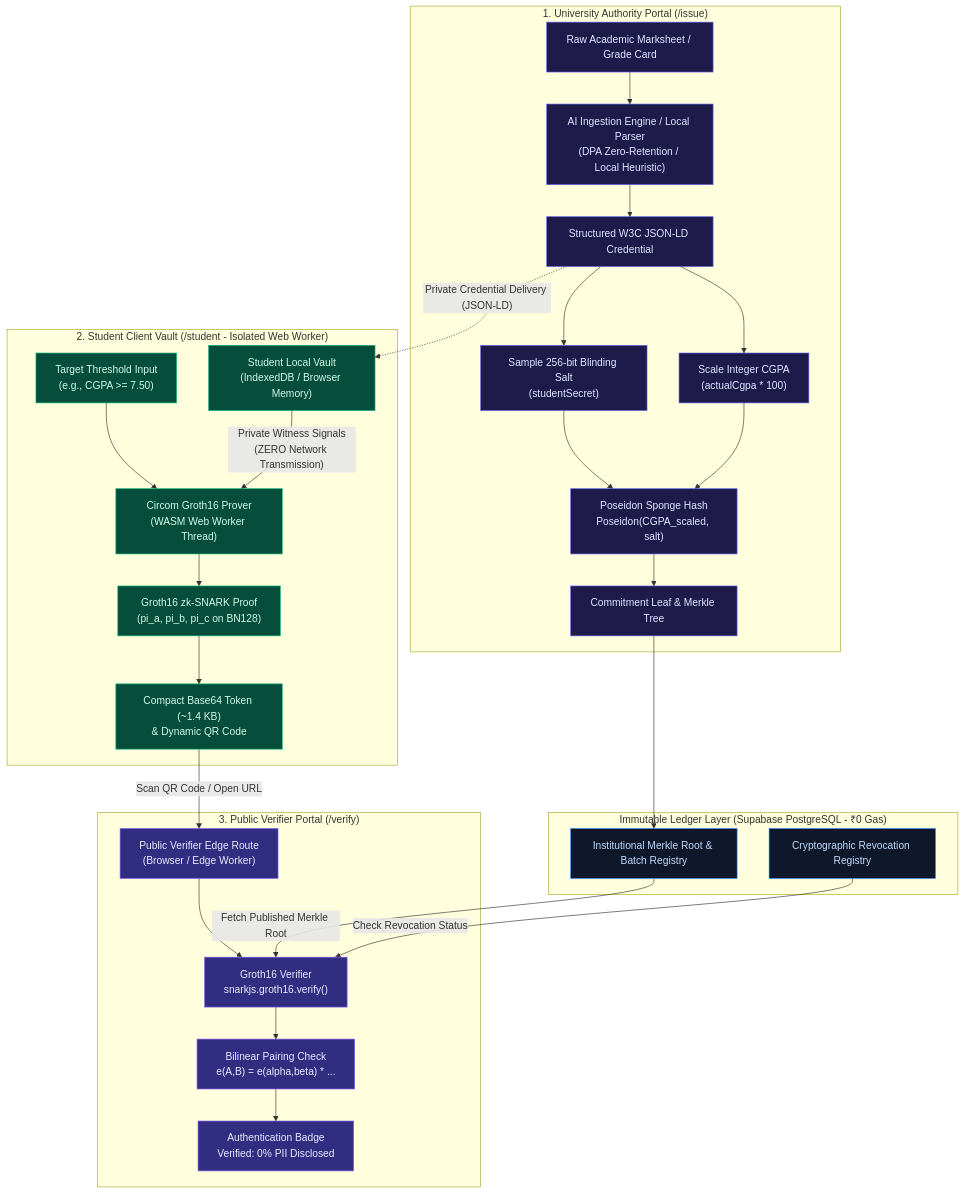
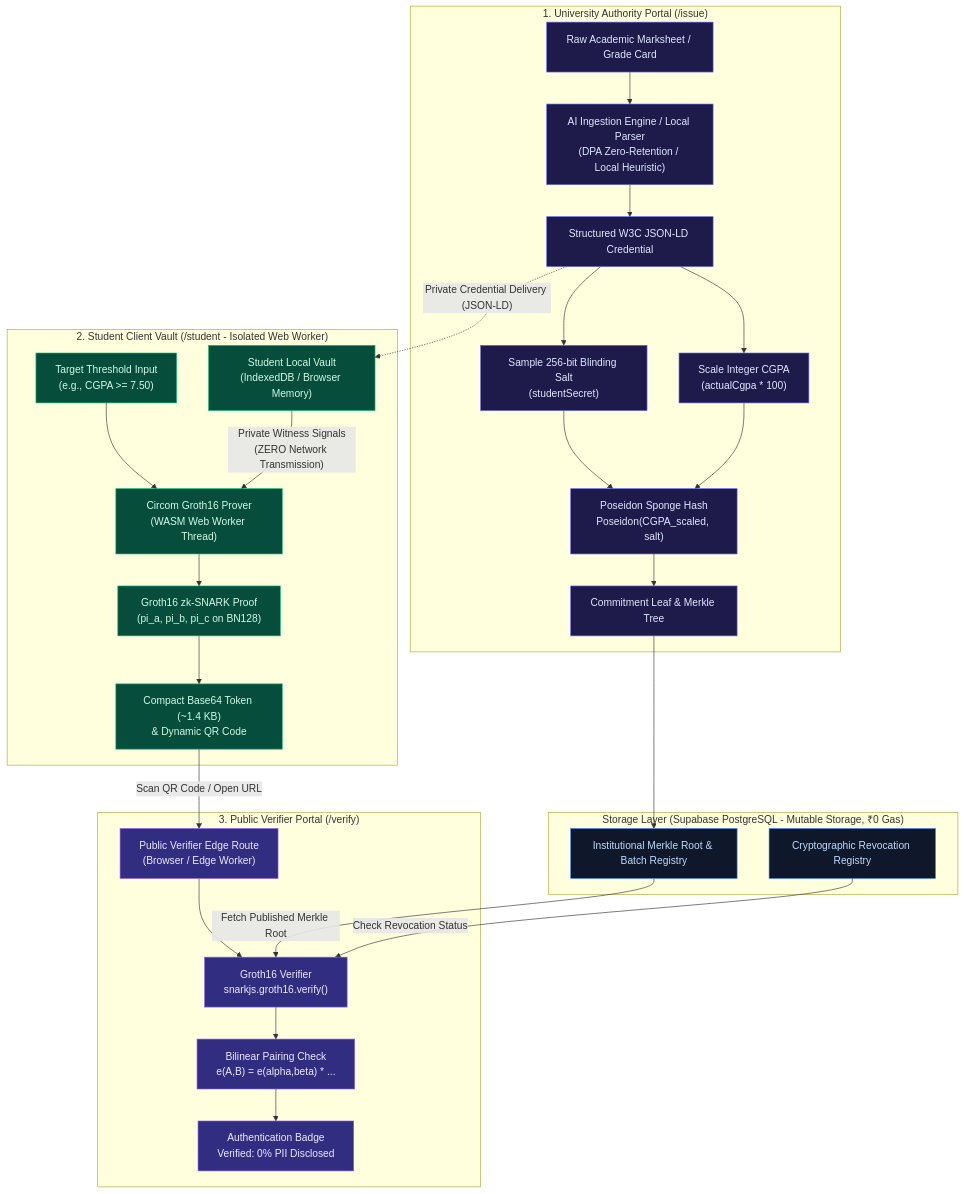
The first of 3 diagrams in README.md (BhupendraLute/autocert-zkp), drawn with Mermaid before and after one commit. The commit also changed other lines of this file and 3 other files, not shown here.

````diff
--- a/README.md
+++ b/README.md
@@ -40,43 +40,43 @@
 ```mermaid
 flowchart TD
     subgraph S1["1. University Authority Portal (/issue)"]
         A["Raw Academic Marksheet / Grade Card"] --> B["AI Ingestion Engine / Local Parser<br/>(DPA Zero-Retention / Local Heuristic)"]
         B --> C["Structured W3C JSON-LD Credential"]
         C --> D["Sample 256-bit Blinding Salt<br/>(studentSecret)"]
         C --> E["Scale Integer CGPA<br/>(actualCgpa * 100)"]
         D & E --> F["Poseidon Sponge Hash<br/>Poseidon(CGPA_scaled, salt)"]
         F --> G["Commitment Leaf & Merkle Tree"]
     end
 
-    subgraph S2["Immutable Ledger Layer (Supabase PostgreSQL - ₹0 Gas)"]
+    subgraph S2["Storage Layer (Supabase PostgreSQL - Mutable Storage, ₹0 Gas)"]
         G --> H["Institutional Merkle Root & Batch Registry"]
         I["Cryptographic Revocation Registry"]
     end
 
     subgraph S3["2. Student Client Vault (/student - Isolated Web Worker)"]
         C -.->|"Private Credential Delivery (JSON-LD)"| J["Student Local Vault<br/>(IndexedDB / Browser Memory)"]
         K["Target Threshold Input<br/>(e.g., CGPA >= 7.50)"] --> L["Circom Groth16 Prover<br/>(WASM Web Worker Thread)"]
         J -->|"Private Witness Signals<br/>(ZERO Network Transmission)"| L
         L --> M["Groth16 zk-SNARK Proof<br/>(pi_a, pi_b, pi_c on BN128)"]
         M --> N["Compact Base64 Token (~1.4 KB)<br/>& Dynamic QR Code"]
     end
 
     subgraph S4["3. Public Verifier Portal (/verify)"]
         N -->|"Scan QR Code / Open URL"| O["Public Verifier Edge Route<br/>(Browser / Edge Worker)"]
         O --> P["Groth16 Verifier<br/>snarkjs.groth16.verify()"]
         H -->|"Fetch Published Merkle Root"| P
         I -->|"Check Revocation Status"| P
         P --> Q["Bilinear Pairing Check<br/>e(A,B) = e(alpha,beta) * ..."]
         Q --> R["Authentication Badge<br/>Verified: 0% PII Disclosed"]
     end
 
     classDef issuer fill:#1e1b4b,stroke:#6366f1,stroke-width:1px,color:#e0e7ff;
     classDef ledger fill:#0f172a,stroke:#3b82f6,stroke-width:1px,color:#bfdbfe;
     classDef prover fill:#064e3b,stroke:#10b981,stroke-width:1px,color:#d1fae5;
     classDef verifier fill:#312e81,stroke:#8b5cf6,stroke-width:1px,color:#ede9fe;
 
     class A,B,C,D,E,F,G issuer;
     class H,I ledger;
     class J,K,L,M,N prover;
     class O,P,Q,R verifier;
 ```
````
